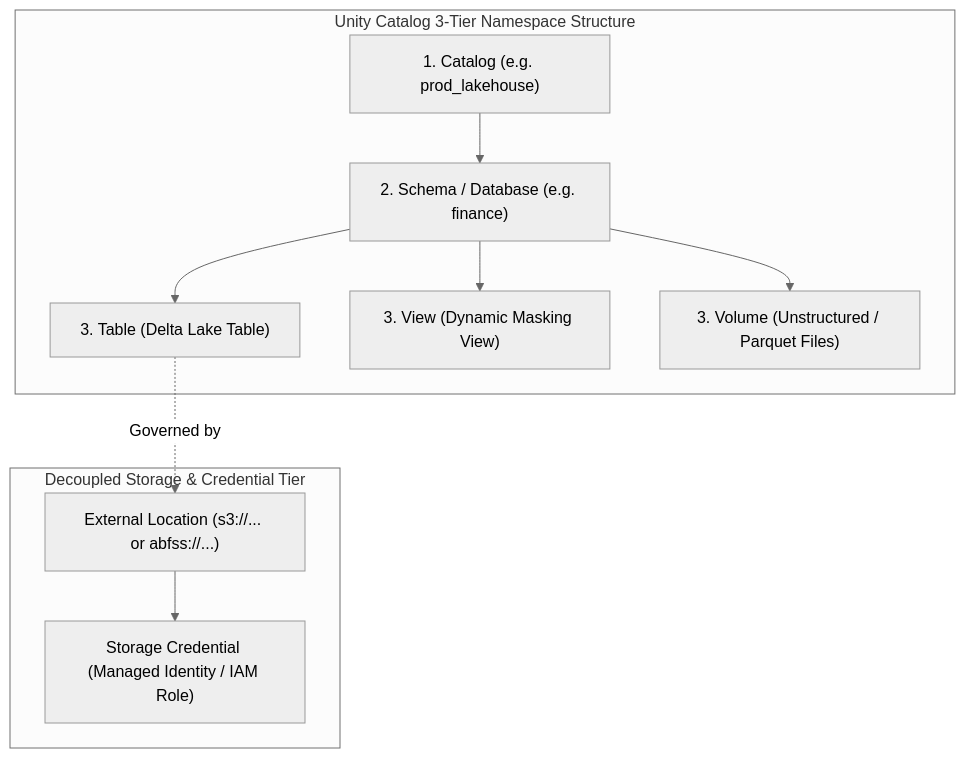
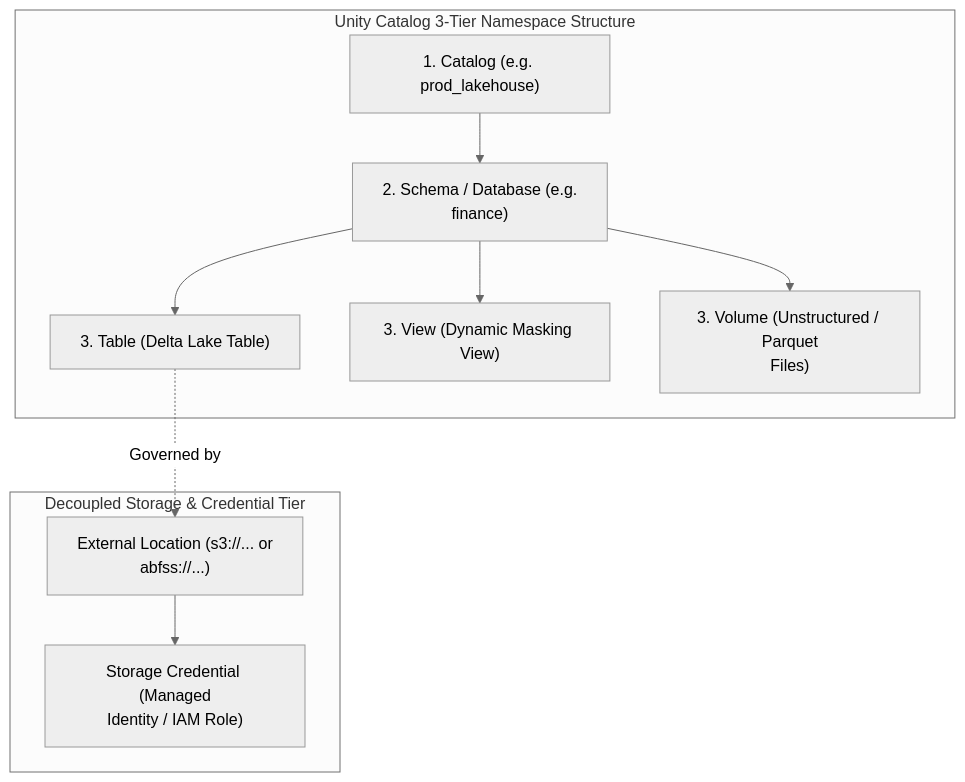
The diagram in modules/09_databricks_unity_catalog_security/README.md (santoshjammi29/security-handbook), drawn with Mermaid (neutral theme) before and after one commit. The commit also changed 22 other files, not shown here.

Commit message:
fix(diagrams): word-wrap labels and escape comparison operators across all diagrams

````diff
--- a/modules/09_databricks_unity_catalog_security/README.md
+++ b/modules/09_databricks_unity_catalog_security/README.md
@@ -9,17 +9,17 @@
 ```mermaid
 flowchart TD
     subgraph UC3Tier["Unity Catalog 3-Tier Namespace Structure"]
-        Catalog["1. Catalog (e.g. prod_lakehouse)"] --> Schema["2. Schema / Database (e.g. finance)"]
+        Catalog["1. Catalog (e.g. prod_lakehouse)"] --> Schema["2. Schema / Database (e.g.<br/>finance)"]
         Schema --> Table["3. Table (Delta Lake Table)"]
         Schema --> View["3. View (Dynamic Masking View)"]
-        Schema --> Volume["3. Volume (Unstructured / Parquet Files)"]
+        Schema --> Volume["3. Volume (Unstructured / Parquet<br/>Files)"]
     end
 
     subgraph SecurityTier["Decoupled Storage & Credential Tier"]
-        ExtLoc["External Location (s3://... or abfss://...)"]
-        StorageCred["Storage Credential (Managed Identity / IAM Role)"]
+        ExtLoc["External Location (s3://... or<br/>abfss://...)"]
+        StorageCred["Storage Credential (Managed<br/>Identity / IAM Role)"]
         ExtLoc --> StorageCred
     end
 
     Table -.->|Governed by| ExtLoc
 ```
````
